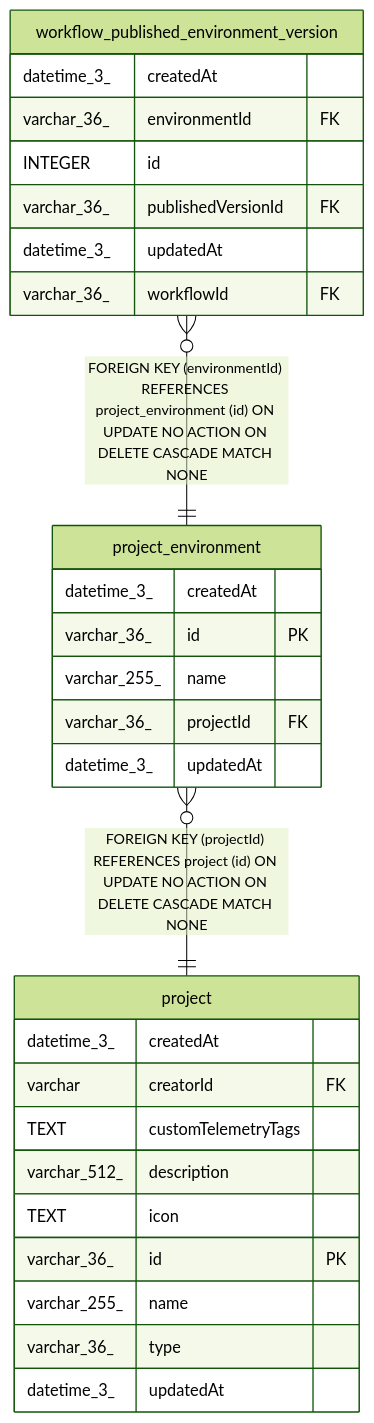
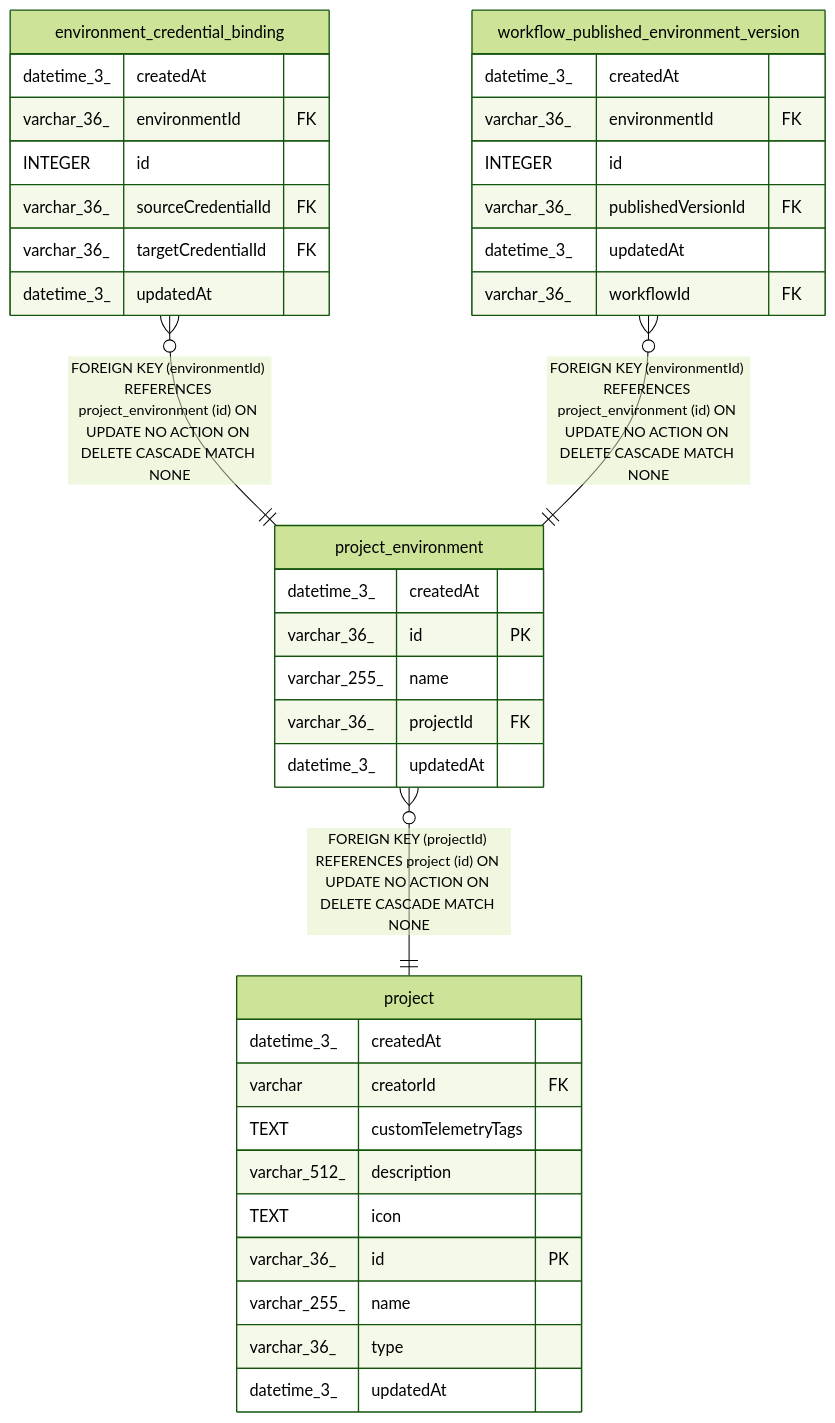
One commit to mayankjain1815-commits/n8n changed the diagram in docs/generated/sqlite-schema/project_environment.md. Above: the diagram before and after it, drawn with Mermaid (forest theme). The commit also changed other lines of this file and 32 other files, not shown here.

````diff
--- a/docs/generated/sqlite-schema/project_environment.md
+++ b/docs/generated/sqlite-schema/project_environment.md
@@ -41,33 +41,42 @@
 ```mermaid
 erDiagram
 
+"environment_credential_binding" }o--|| "project_environment" : "FOREIGN KEY (environmentId) REFERENCES project_environment (id) ON UPDATE NO ACTION ON DELETE CASCADE MATCH NONE"
 "workflow_published_environment_version" }o--|| "project_environment" : "FOREIGN KEY (environmentId) REFERENCES project_environment (id) ON UPDATE NO ACTION ON DELETE CASCADE MATCH NONE"
 "project_environment" }o--|| "project" : "FOREIGN KEY (projectId) REFERENCES project (id) ON UPDATE NO ACTION ON DELETE CASCADE MATCH NONE"
 
 "project_environment" {
   datetime_3_ createdAt
   varchar_36_ id PK
   varchar_255_ name
   varchar_36_ projectId FK
+  datetime_3_ updatedAt
+}
+"environment_credential_binding" {
+  datetime_3_ createdAt
+  varchar_36_ environmentId FK
+  INTEGER id
+  varchar_36_ sourceCredentialId FK
+  varchar_36_ targetCredentialId FK
   datetime_3_ updatedAt
 }
 "workflow_published_environment_version" {
   datetime_3_ createdAt
   varchar_36_ environmentId FK
   INTEGER id
   varchar_36_ publishedVersionId FK
   datetime_3_ updatedAt
   varchar_36_ workflowId FK
 }
 "project" {
   datetime_3_ createdAt
   varchar creatorId FK
   TEXT customTelemetryTags
   varchar_512_ description
   TEXT icon
   varchar_36_ id PK
   varchar_255_ name
   varchar_36_ type
   datetime_3_ updatedAt
 }
 ```
````
